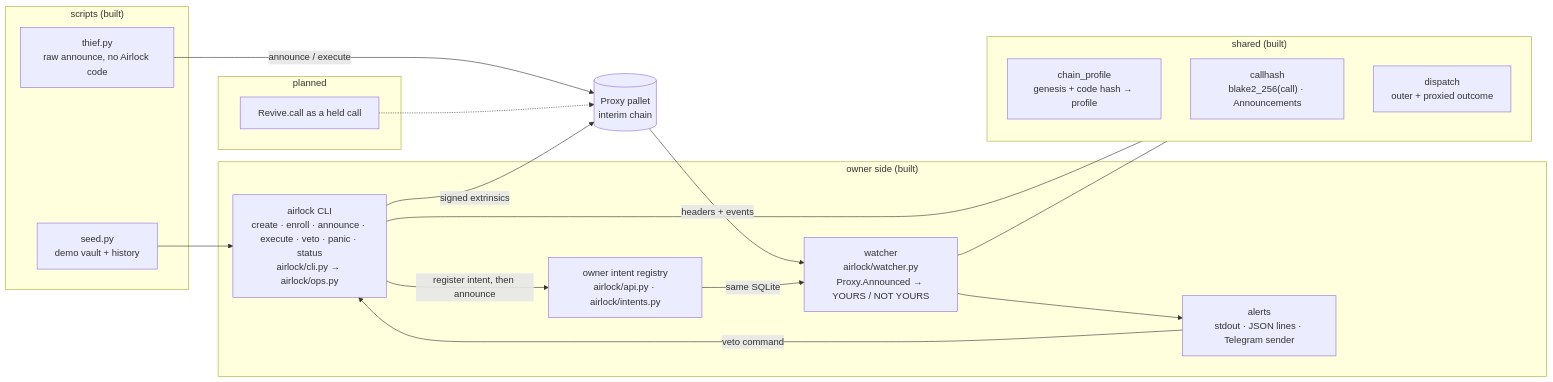
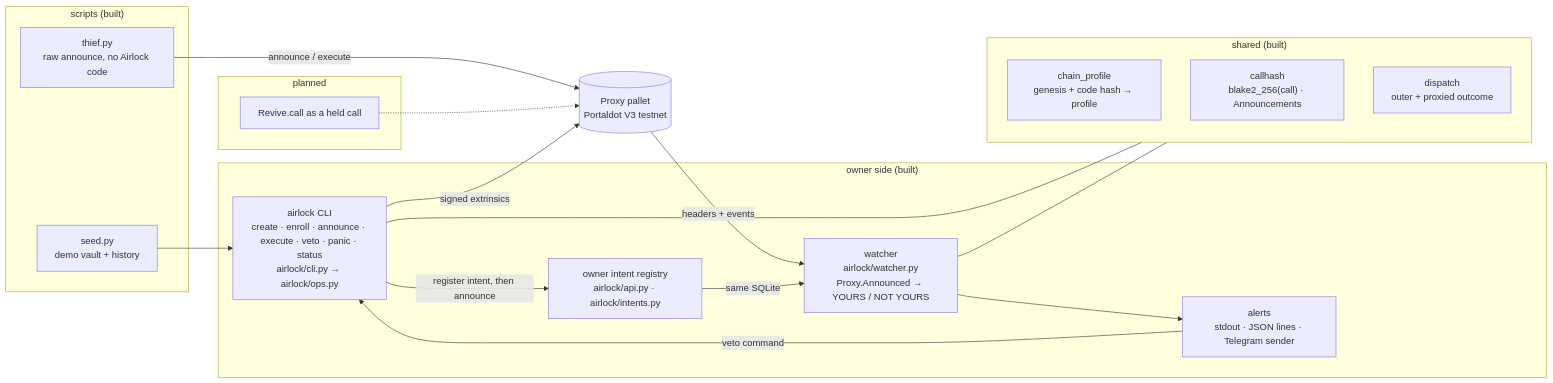
Before and after one commit to edycutjong/portaldot-hackathon-2026-airlock-edycu: the diagram in README.md, drawn with Mermaid. The commit also changed 2 other files, not shown here.

Commit message:
README diagram labels the V3 testnet; BENCH.md scope notes the bench has not run on V3; pytest evidence at HEAD (344 passed, 4 skipped)

````diff
--- a/README.md
+++ b/README.md
@@ -59,33 +59,33 @@
 ```mermaid
 flowchart LR
   subgraph owner["owner side (built)"]
     CLI["airlock CLI<br/>create · enroll · announce · execute · veto · panic · status<br/>airlock/cli.py → airlock/ops.py"]
     W["watcher<br/>airlock/watcher.py<br/>Proxy.Announced → YOURS / NOT YOURS"]
     REG["owner intent registry<br/>airlock/api.py · airlock/intents.py"]
     AL["alerts<br/>stdout · JSON lines · Telegram sender"]
   end
   subgraph core["shared (built)"]
     CP["chain_profile<br/>genesis + code hash → profile"]
     CH["callhash<br/>blake2_256(call) · Announcements"]
     DP["dispatch<br/>outer + proxied outcome"]
   end
   subgraph scripts["scripts (built)"]
     SEED["seed.py<br/>demo vault + history"]
     TH["thief.py<br/>raw announce, no Airlock code"]
   end
   subgraph planned["planned"]
     REV["Revive.call as a held call"]
   end
-  N[("Proxy pallet<br/>interim chain")]
+  N[("Proxy pallet<br/>Portaldot V3 testnet")]
   CLI -->|"signed extrinsics"| N
   SEED --> CLI
   TH -->|"announce / execute"| N
   N -->|"headers + events"| W
   W --> AL
   AL -->|"veto command"| CLI
   CLI --- core
   W --- core
   CLI -->|"register intent, then announce"| REG
   REG -->|"same SQLite"| W
   REV -.-> N
 ```
````
